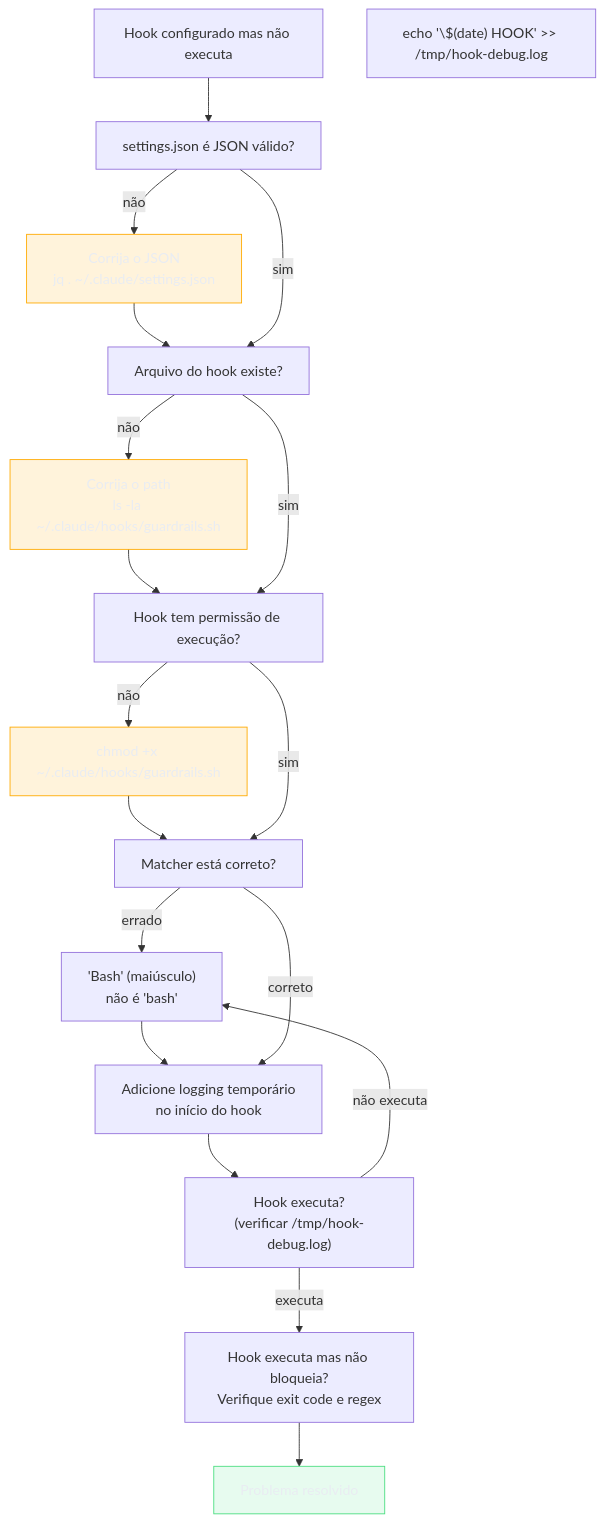
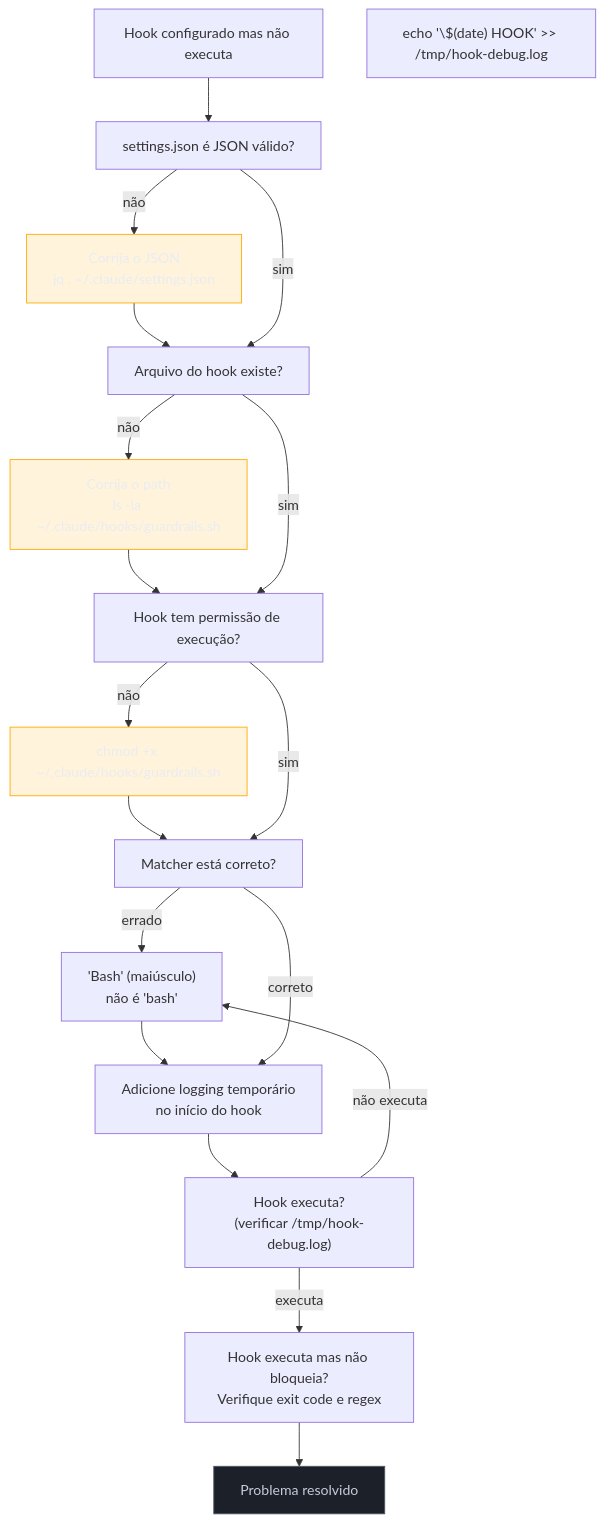
One commit to josenaldo/codex-technomanticus changed the diagram in 03-Dominios/Tecnologia/IA/Claude Code/Hooks e Guardrails/08 - Testando hooks.md. Above: the diagram before and after it, drawn with Mermaid. The commit also changed 601 other files, not shown here.

````diff
--- a/03-Dominios/Tecnologia/IA/Claude Code/Hooks e Guardrails/08 - Testando hooks.md
+++ b/03-Dominios/Tecnologia/IA/Claude Code/Hooks e Guardrails/08 - Testando hooks.md
@@ -305,45 +305,45 @@
 ```mermaid
 flowchart TD
-    classDef ok fill:#4ADE8021,stroke:#4ADE80,color:#E9ECF2
+    classDef neutro fill:#1B2029,stroke:#4E5666,color:#C6CCD8
     classDef destaque fill:#FFAA0024,stroke:#FFAA00,color:#E9ECF2
     Start["Hook configurado mas não executa"]
 
     A["settings.json é JSON válido?"]
     A_fix["Corrija o JSON\njq . ~/.claude/settings.json"]
 
     B["Arquivo do hook existe?"]
     B_fix["Corrija o path\nls -la ~/.claude/hooks/guardrails.sh"]
 
     C["Hook tem permissão de execução?"]
     C_fix["chmod +x ~/.claude/hooks/guardrails.sh"]
 
     D["Matcher está correto?"]
     D_note["'Bash' (maiúsculo)\nnão é 'bash'"]
 
     E["Adicione logging temporário\nno início do hook"]
     E_note["echo '\$(date) HOOK' >> /tmp/hook-debug.log"]
 
     F["Hook executa?\n(verificar /tmp/hook-debug.log)"]
 
     G["Hook executa mas não bloqueia?\nVerifique exit code e regex"]
     H["Problema resolvido"]
 
     Start --> A
     A -- "não" --> A_fix --> B
     A -- "sim" --> B
     B -- "não" --> B_fix --> C
     B -- "sim" --> C
     C -- "não" --> C_fix --> D
     C -- "sim" --> D
     D -- "errado" --> D_note --> E
     D -- "correto" --> E
     E --> F
     F -- "não executa" --> D_note
     F -- "executa" --> G
     G --> H
 
-    class H ok
+    class H neutro
     class A_fix destaque
     class B_fix destaque
     class C_fix destaque
 ```
````
